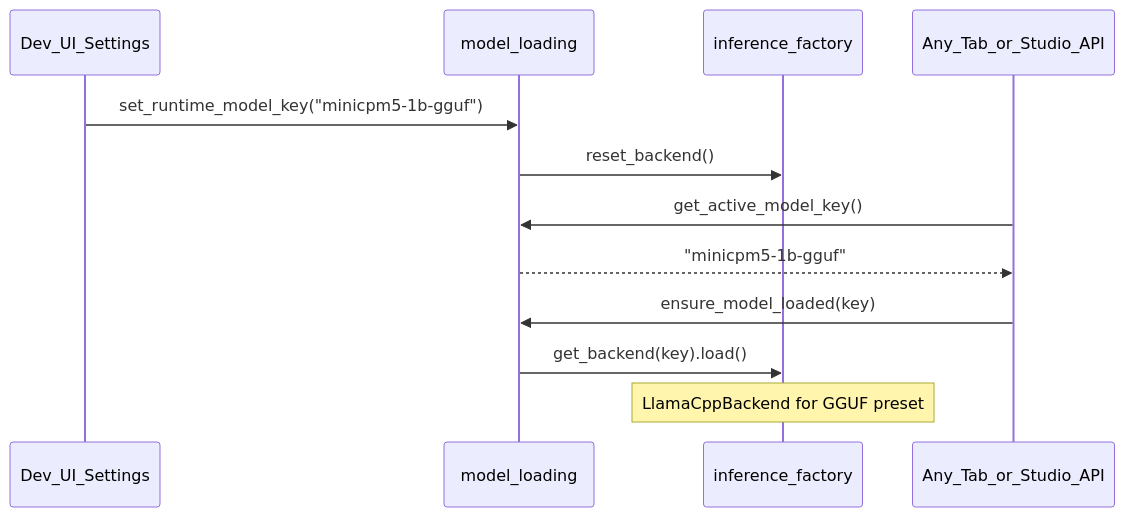
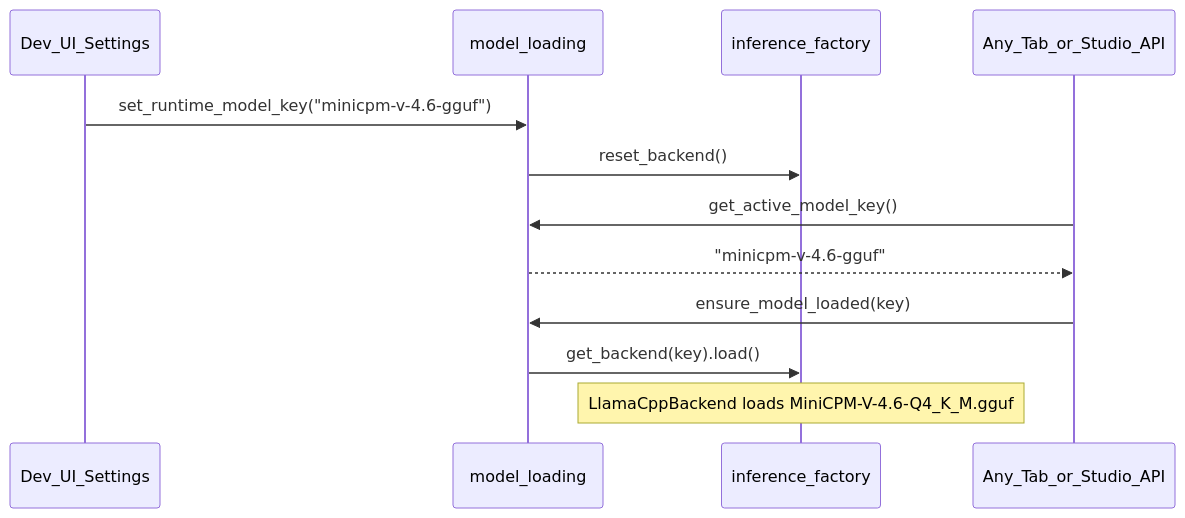
The second of 2 diagrams in .cursor/plans/llama_backend_model_switching_77de87de.plan.md (MSghais/small-model-hackathon), drawn with Mermaid before and after one commit. The commit also changed other lines of this file and 1 other file, not shown here.

Commit message:
model config loading

````diff
--- a/.cursor/plans/llama_backend_model_switching_77de87de.plan.md
+++ b/.cursor/plans/llama_backend_model_switching_77de87de.plan.md
@@ -185,15 +208,15 @@
 ```mermaid
 sequenceDiagram
   participant Dev as Dev_UI_Settings
   participant ML as model_loading
   participant Factory as inference_factory
   participant Tab as Any_Tab_or_Studio_API
 
-  Dev->>ML: set_runtime_model_key("minicpm5-1b-gguf")
+  Dev->>ML: set_runtime_model_key("minicpm-v-4.6-gguf")
   ML->>Factory: reset_backend()
   Tab->>ML: get_active_model_key()
-  ML-->>Tab: "minicpm5-1b-gguf"
+  ML-->>Tab: "minicpm-v-4.6-gguf"
   Tab->>ML: ensure_model_loaded(key)
   ML->>Factory: get_backend(key).load()
-  Note over Factory: LlamaCppBackend for GGUF preset
+  Note over Factory: LlamaCppBackend loads MiniCPM-V-4.6-Q4_K_M.gguf
 ```
````
